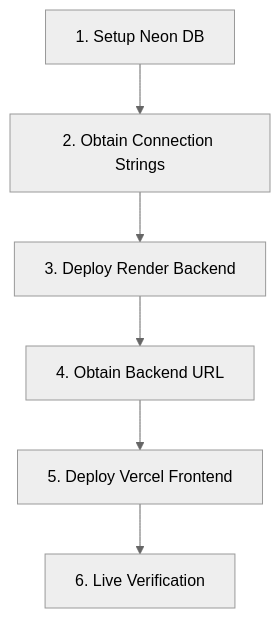
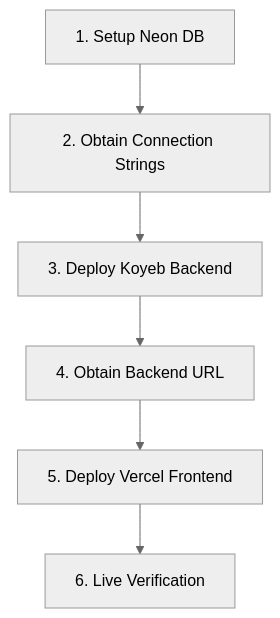
The diagram in DEPLOYMENT_GUIDE.md (itsmesyaam/travelwithus), drawn with Mermaid (neutral theme) before and after one commit. The commit also changed other lines of this file and 3 other files, not shown here.

````diff
--- a/DEPLOYMENT_GUIDE.md
+++ b/DEPLOYMENT_GUIDE.md
@@ -23,8 +23,8 @@
 ```mermaid
 graph TD
     A[1. Setup Neon DB] --> B[2. Obtain Connection Strings]
-    B --> C[3. Deploy Render Backend]
+    B --> C[3. Deploy Koyeb Backend]
     C --> D[4. Obtain Backend URL]
     D --> E[5. Deploy Vercel Frontend]
     E --> F[6. Live Verification]
 ```
````
